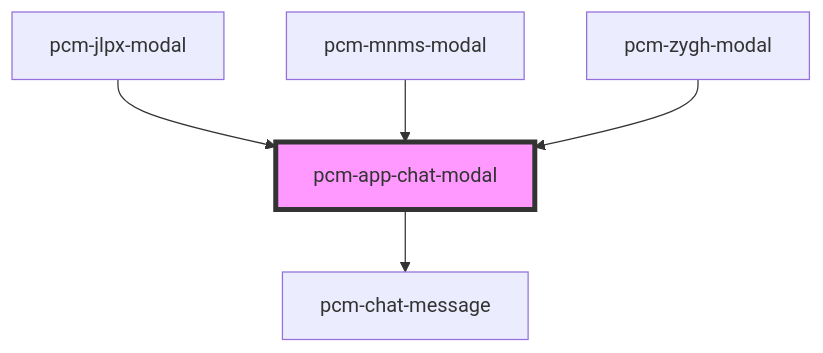
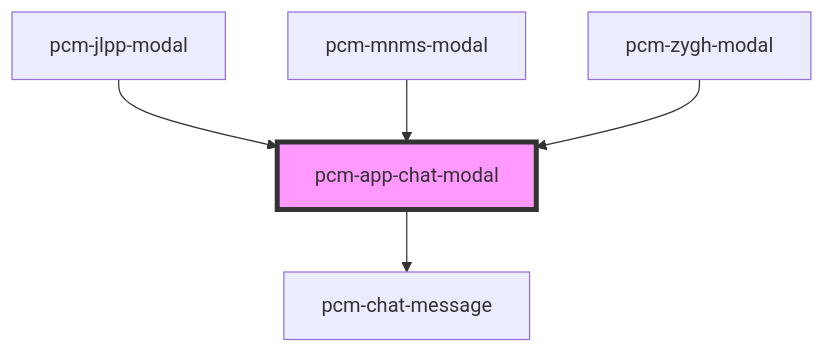
Before and after one commit to Pincaimao/pcm-agents-sdk: the diagram in packages/pcm-agents/docs/components/pcm-app-chat-modal/readme.md, drawn with Mermaid. The commit also changed other lines of this file and 13 other files, not shown here.

````diff
--- a/packages/pcm-agents/docs/components/pcm-app-chat-modal/readme.md
+++ b/packages/pcm-agents/docs/components/pcm-app-chat-modal/readme.md
@@ -55,8 +55,8 @@
 ```mermaid
 graph TD;
   pcm-app-chat-modal --> pcm-chat-message
-  pcm-jlpx-modal --> pcm-app-chat-modal
+  pcm-jlpp-modal --> pcm-app-chat-modal
   pcm-mnms-modal --> pcm-app-chat-modal
   pcm-zygh-modal --> pcm-app-chat-modal
   style pcm-app-chat-modal fill:#f9f,stroke:#333,stroke-width:4px
 ```
````
